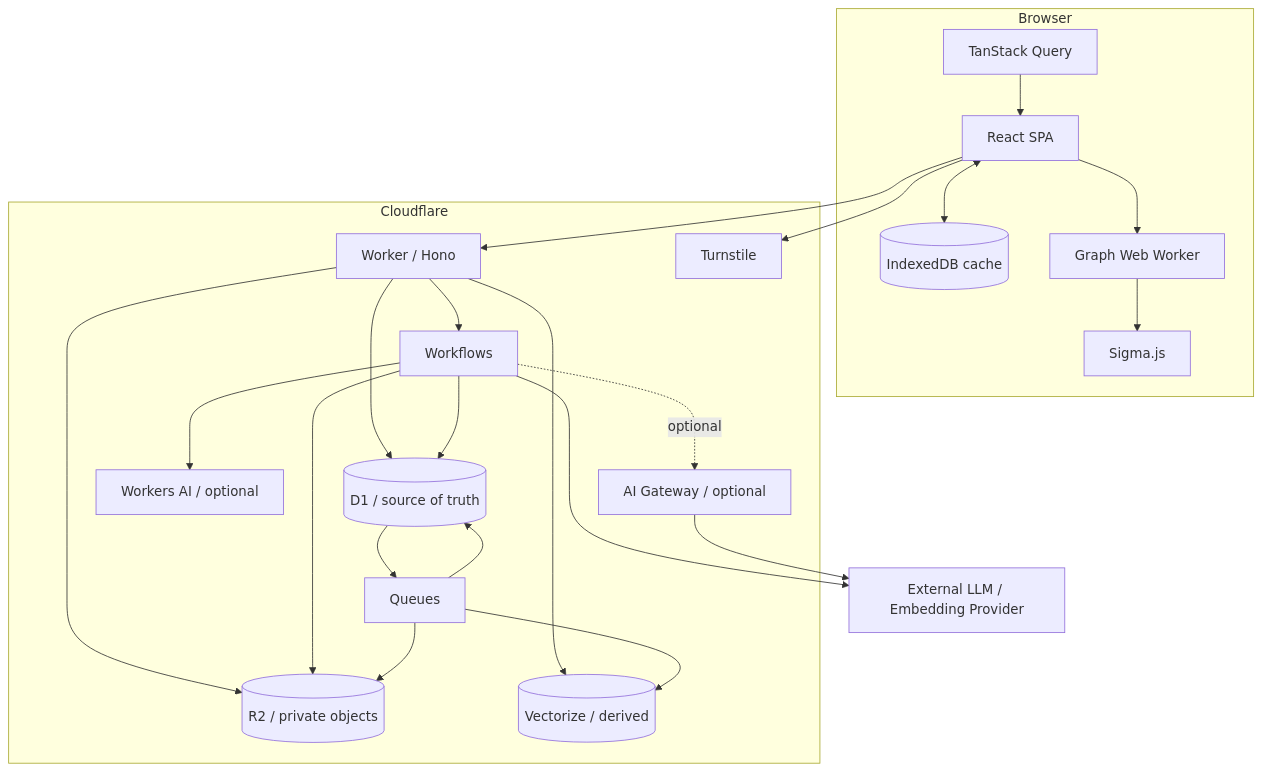
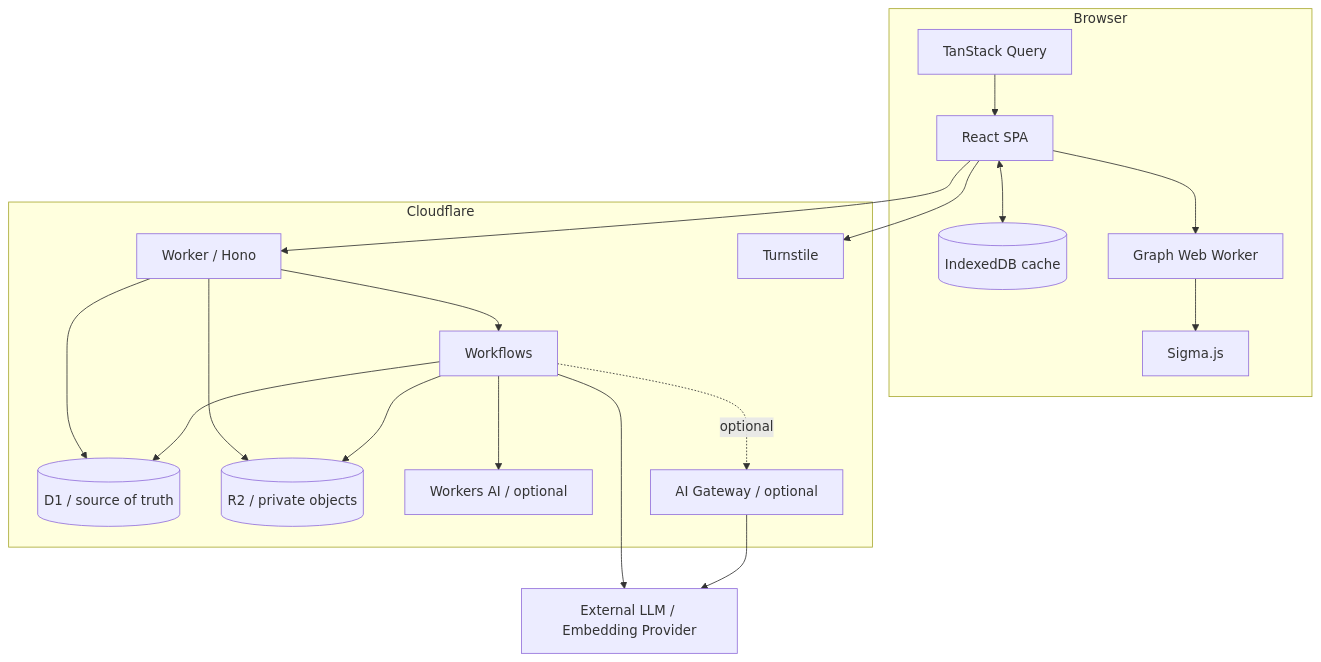
Before and after one commit to ya-sy-ki-sa/character_taste_analyzer: the first of 2 diagrams in docs/詳細設計/01_アーキテクチャ.md, drawn with Mermaid. The commit also changed other lines of this file and 98 other files, not shown here.

````diff
--- a/docs/詳細設計/01_アーキテクチャ.md
+++ b/docs/詳細設計/01_アーキテクチャ.md
@@ -5,45 +5,38 @@
 ```mermaid
 flowchart TB
     subgraph Browser
       SPA[React SPA]
       QUERY[TanStack Query]
       IDB[(IndexedDB cache)]
       GW[Graph Web Worker]
       SIGMA[Sigma.js]
     end
 
     subgraph Cloudflare
       W[Worker / Hono]
       WF[Workflows]
-      Q[Queues]
       D1[(D1 / source of truth)]
       R2[(R2 / private objects)]
-      V[(Vectorize / derived)]
       T[Turnstile]
       WAI[Workers AI / optional]
       AIG[AI Gateway / optional]
     end
 
     EXT[External LLM / Embedding Provider]
 
     SPA --> W
     SPA --> T
     SPA --> GW
     GW --> SIGMA
     QUERY --> SPA
     SPA <--> IDB
     W --> D1
     W --> R2
     W --> WF
-    W --> V
     WF --> D1
     WF --> R2
     WF --> EXT
     WF --> WAI
     WF -. optional .-> AIG
     AIG --> EXT
-    D1 --> Q
-    Q --> V
-    Q --> R2
-    Q --> D1
 ```
````
